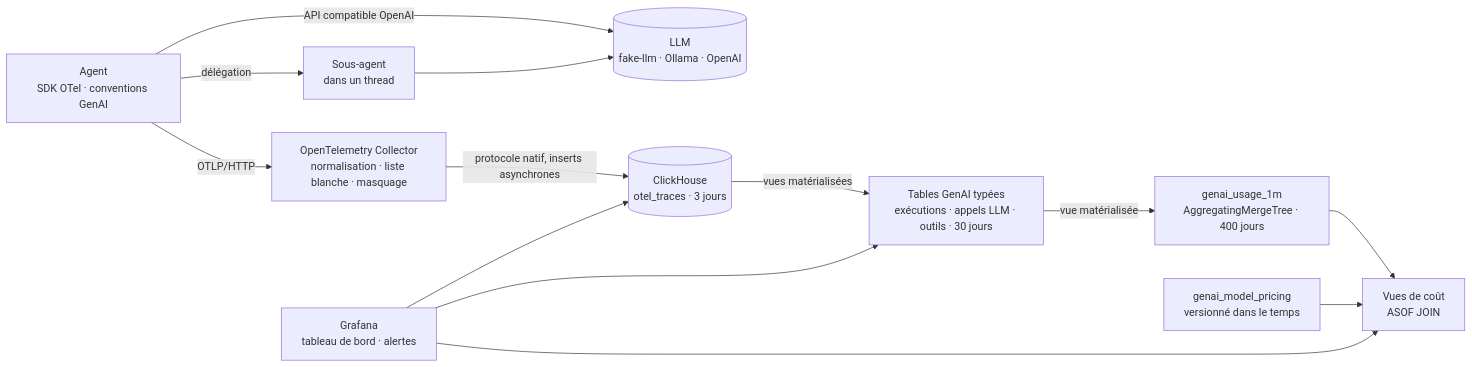
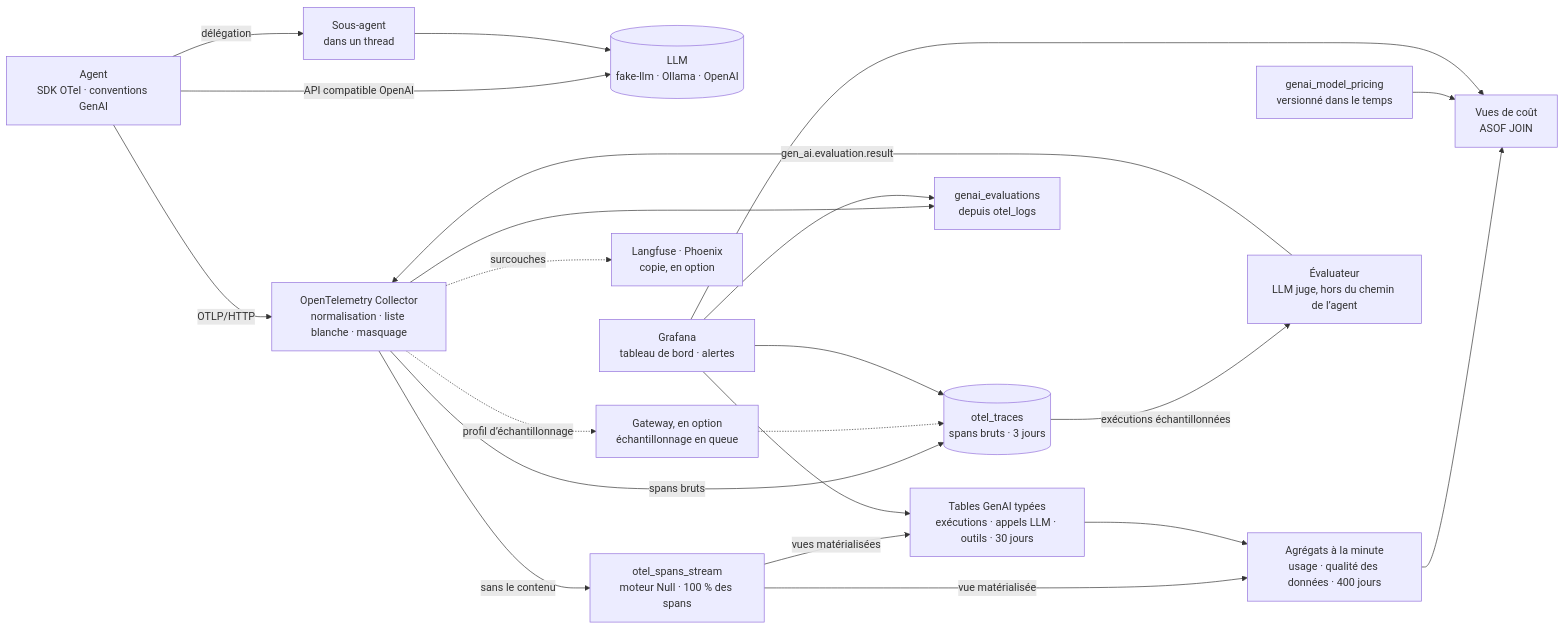
One commit to OlivMartins/sonde changed the diagram in docs/ARCHITECTURE.md. Above: the diagram before and after it, drawn with Mermaid. The commit also changed other lines of this file and 6 other files, not shown here.

````diff
--- a/docs/ARCHITECTURE.md
+++ b/docs/ARCHITECTURE.md
@@ -5,26 +5,40 @@
 ```mermaid
 flowchart LR
     A["Agent<br/>SDK OTel · conventions GenAI"]
     S["Sous-agent<br/>dans un thread"]
     LLM[("LLM<br/>fake-llm · Ollama · OpenAI")]
     C["OpenTelemetry Collector<br/>normalisation · liste blanche · masquage"]
-    R[("ClickHouse<br/>otel_traces · 3 jours")]
+    F["otel_spans_stream<br/>moteur Null · 100 % des spans"]
+    GW["Gateway, en option<br/>échantillonnage en queue"]
+    R[("otel_traces<br/>spans bruts · 3 jours")]
     T["Tables GenAI typées<br/>exécutions · appels LLM · outils · 30 jours"]
-    U["genai_usage_1m<br/>AggregatingMergeTree · 400 jours"]
+    U["Agrégats à la minute<br/>usage · qualité des données · 400 jours"]
     P["genai_model_pricing<br/>versionné dans le temps"]
     V["Vues de coût<br/>ASOF JOIN"]
+    E["Évaluateur<br/>LLM juge, hors du chemin de l’agent"]
+    N["genai_evaluations<br/>depuis otel_logs"]
+    X["Langfuse · Phoenix<br/>copie, en option"]
     G["Grafana<br/>tableau de bord · alertes"]
 
     A -- "délégation" --> S
     A -- "API compatible OpenAI" --> LLM
     S --> LLM
     A -- "OTLP/HTTP" --> C
-    C -- "protocole natif, inserts asynchrones" --> R
-    R -- "vues matérialisées" --> T
-    T -- "vue matérialisée" --> U
+    C -- "sans le contenu" --> F
+    C -- "spans bruts" --> R
+    C -. "profil d’échantillonnage" .-> GW
+    GW -.-> R
+    C -. "surcouches" .-> X
+    F -- "vues matérialisées" --> T
+    F -- "vue matérialisée" --> U
+    T --> U
     U --> V
     P --> V
-    G --> R
+    R -- "exécutions échantillonnées" --> E
+    E -- "gen_ai.evaluation.result" --> C
+    C --> N
     G --> T
     G --> V
+    G --> N
+    G --> R
 ```
````
